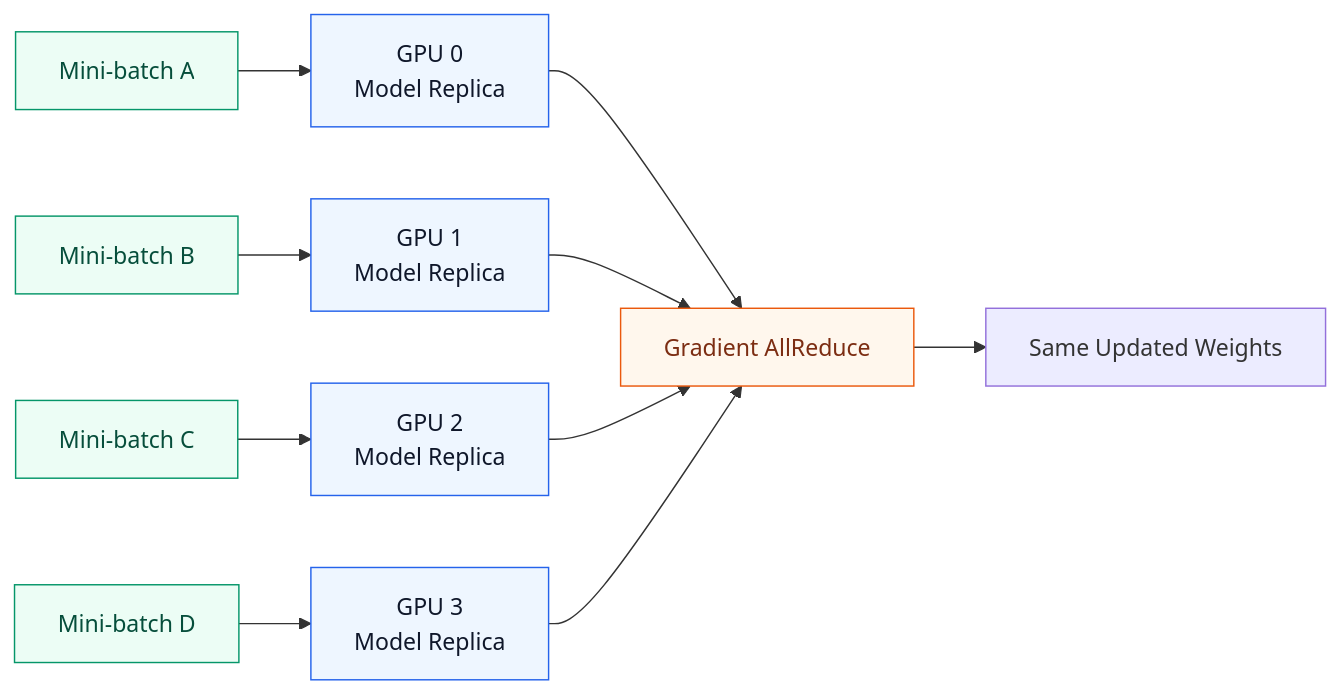
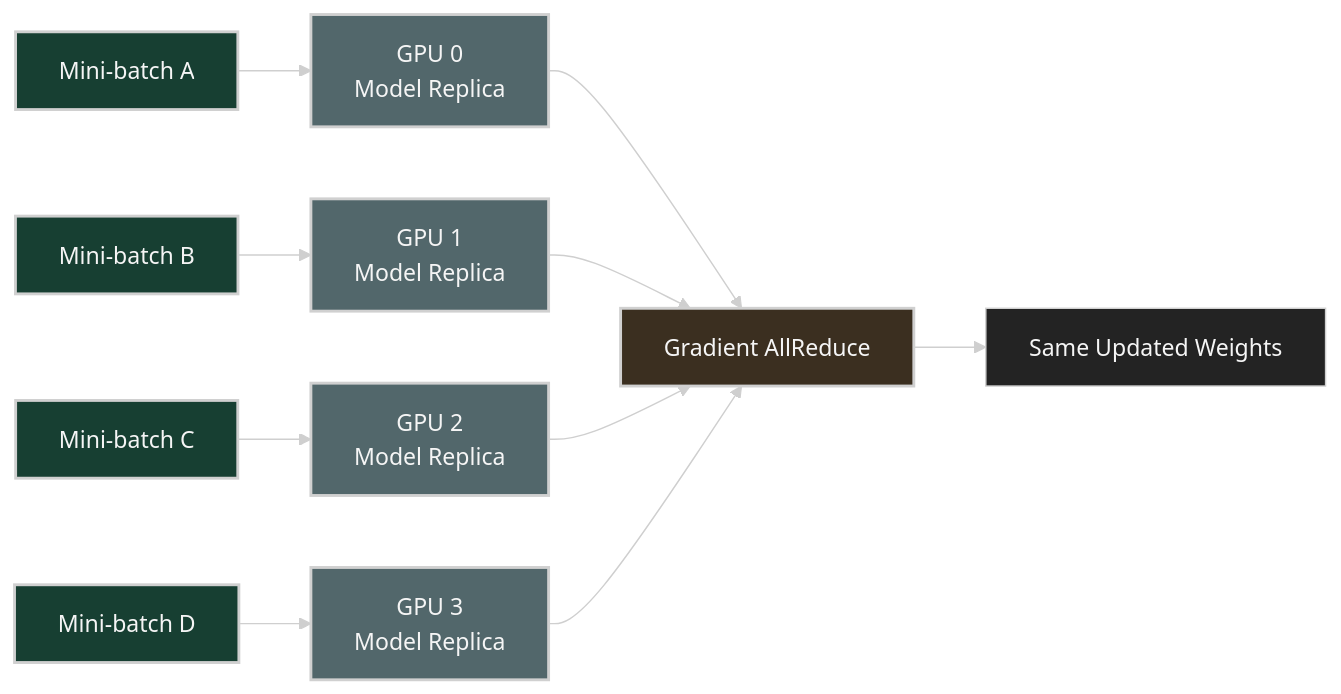
Before and after one commit to ziwon/ai-data-center-network: the second of 12 diagrams in deep-learning-for-network-engineers/week03/README.md, drawn with Mermaid. The commit also changed other lines of this file and 35 other files, not shown here.

Commit message:
docs(mermaid): apply dark diagram style

````diff
--- a/deep-learning-for-network-engineers/week03/README.md
+++ b/deep-learning-for-network-engineers/week03/README.md
@@ -110,18 +111,19 @@
 ```mermaid
+%%{init: {"theme": "base", "themeVariables": {"background": "#171717", "primaryColor": "#232323", "primaryTextColor": "#f5f5f5", "primaryBorderColor": "#d0d0d0", "lineColor": "#cfcfcf", "fontFamily": "Inter, Arial, sans-serif"}}}%%
 flowchart LR
-    classDef gpu fill:#eef6ff,stroke:#2563eb,color:#0f172a
-    classDef batch fill:#ecfdf5,stroke:#059669,color:#064e3b
-    classDef sync fill:#fff7ed,stroke:#ea580c,color:#7c2d12
+    classDef gpu fill:#52676b,stroke:#d0d0d0,color:#f5f5f5,stroke-width:2px;
+    classDef batch fill:#173f32,stroke:#d0d0d0,color:#f5f5f5,stroke-width:2px;
+    classDef sync fill:#3b2f20,stroke:#d0d0d0,color:#f5f5f5,stroke-width:2px;
 
     B1[Mini-batch A]:::batch --> G1[GPU 0<br/>Model Replica]:::gpu
     B2[Mini-batch B]:::batch --> G2[GPU 1<br/>Model Replica]:::gpu
     B3[Mini-batch C]:::batch --> G3[GPU 2<br/>Model Replica]:::gpu
     B4[Mini-batch D]:::batch --> G4[GPU 3<br/>Model Replica]:::gpu
 
     G1 --> AR[Gradient AllReduce]:::sync
     G2 --> AR
     G3 --> AR
     G4 --> AR
 
     AR --> U1[Same Updated Weights]
 ```
````
